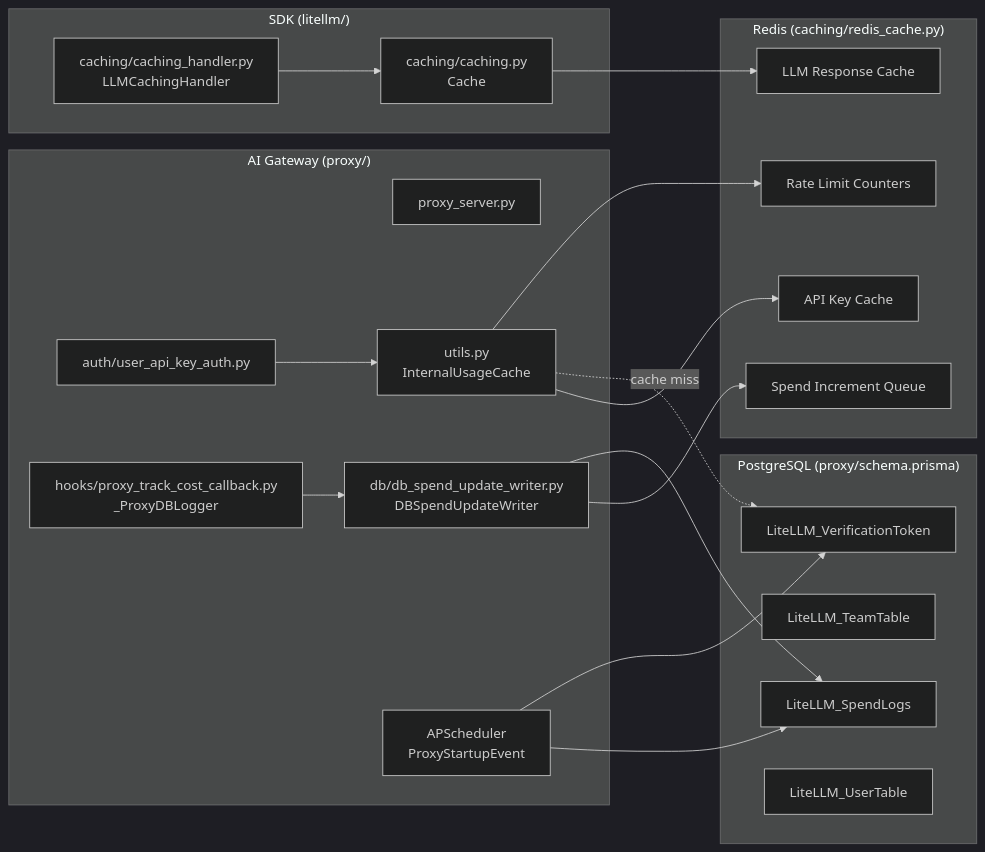
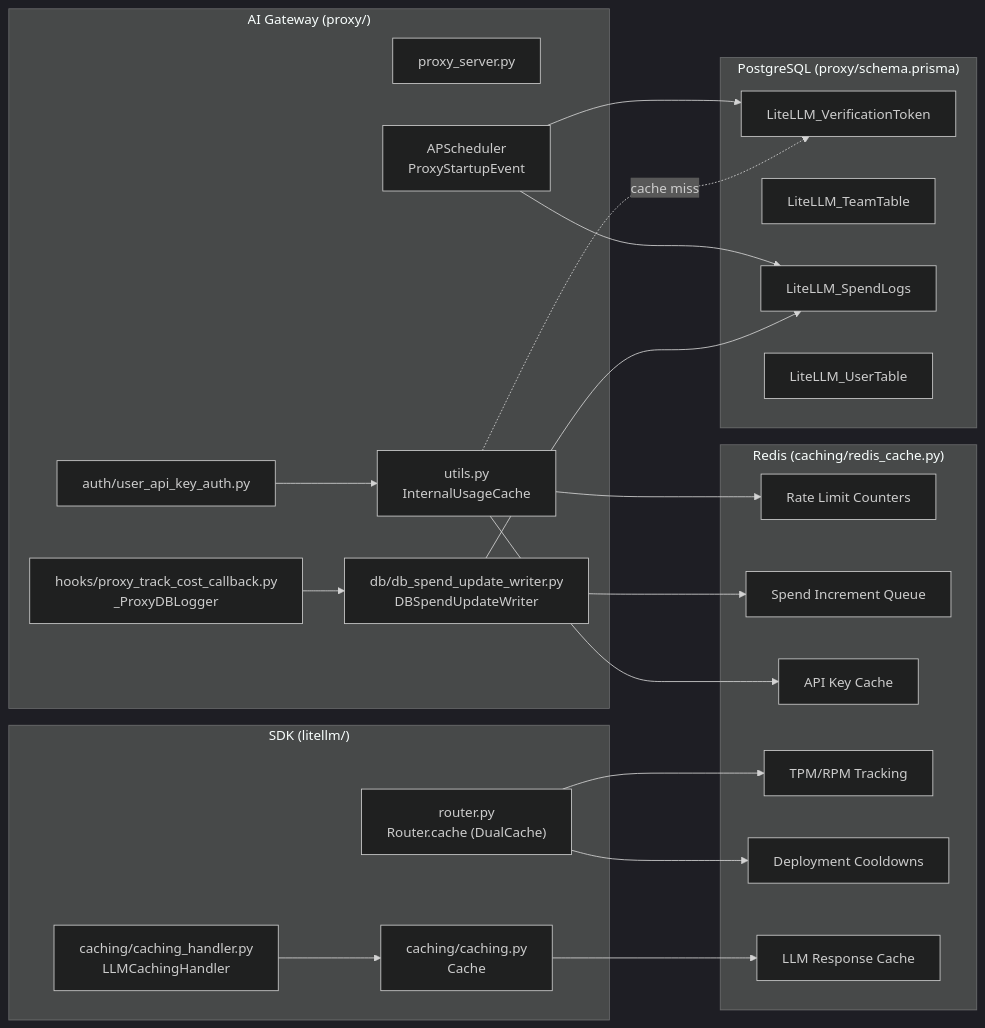
One commit to BerriAI/litellm changed the third of 4 diagrams in ARCHITECTURE.md. Above: the diagram before and after it, drawn with Mermaid (dark theme). The commit also changed other lines of this file, not shown here.

````diff
--- a/ARCHITECTURE.md
+++ b/ARCHITECTURE.md
@@ -149,42 +150,47 @@
 ```mermaid
 graph LR
     subgraph "AI Gateway (proxy/)"
         Proxy["proxy_server.py"]
         Auth["auth/user_api_key_auth.py"]
         DBWriter["db/db_spend_update_writer.py<br/>DBSpendUpdateWriter"]
         InternalCache["utils.py<br/>InternalUsageCache"]
         CostCallback["hooks/proxy_track_cost_callback.py<br/>_ProxyDBLogger"]
         Scheduler["APScheduler<br/>ProxyStartupEvent"]
     end
 
     subgraph "SDK (litellm/)"
+        Router["router.py<br/>Router.cache (DualCache)"]
         LLMCache["caching/caching_handler.py<br/>LLMCachingHandler"]
         CacheClass["caching/caching.py<br/>Cache"]
     end
 
     subgraph "Redis (caching/redis_cache.py)"
         RateLimit["Rate Limit Counters"]
         SpendQueue["Spend Increment Queue"]
         KeyCache["API Key Cache"]
+        TPM_RPM["TPM/RPM Tracking"]
+        Cooldowns["Deployment Cooldowns"]
         LLMResponseCache["LLM Response Cache"]
     end
 
     subgraph "PostgreSQL (proxy/schema.prisma)"
         Keys["LiteLLM_VerificationToken"]
         Teams["LiteLLM_TeamTable"]
         SpendLogs["LiteLLM_SpendLogs"]
         Users["LiteLLM_UserTable"]
     end
 
     Auth --> InternalCache
     InternalCache --> KeyCache
     InternalCache -.->|cache miss| Keys
     InternalCache --> RateLimit
+    Router --> TPM_RPM
+    Router --> Cooldowns
     LLMCache --> CacheClass
     CacheClass --> LLMResponseCache
     CostCallback --> DBWriter
     DBWriter --> SpendQueue
     DBWriter --> SpendLogs
     Scheduler --> SpendLogs
     Scheduler --> Keys
 ```
````
